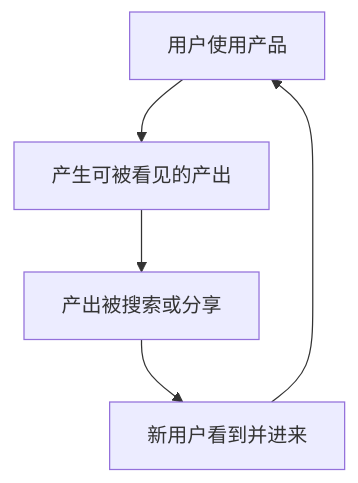
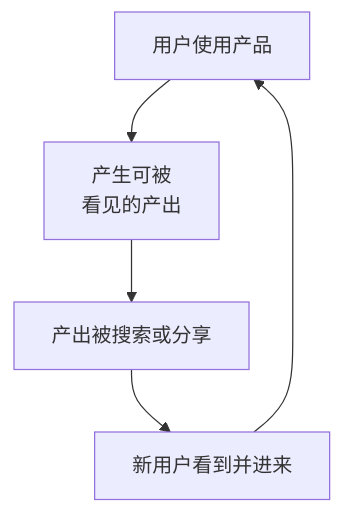
Before and after one commit to jarvis-pro/hatch-shelf: the second of 2 diagrams in books/growth-marketing/01-growth-models.md, drawn with Mermaid. The commit also changed other lines of this file and 432 other files, not shown here.

````diff
--- a/books/growth-marketing/01-growth-models.md
+++ b/books/growth-marketing/01-growth-models.md
@@ -72,7 +72,7 @@
 ```mermaid
 flowchart TD
-  U["用户使用产品"] --> O["产生可被看见的产出"]
+  U["用户使用产品"] --> O["产生可被<br/>看见的产出"]
   O --> S["产出被搜索或分享"]
   S --> N["新用户看到并进来"]
   N --> U
 ```
````
